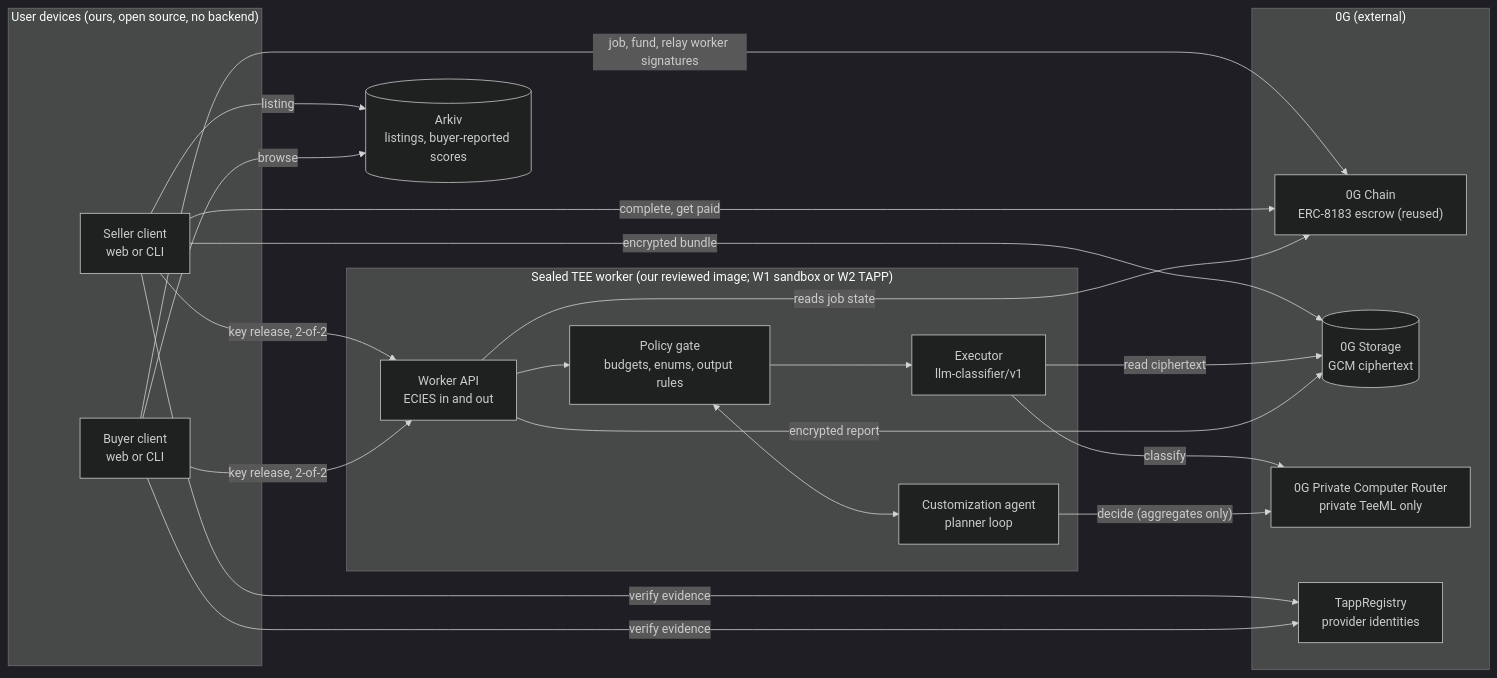
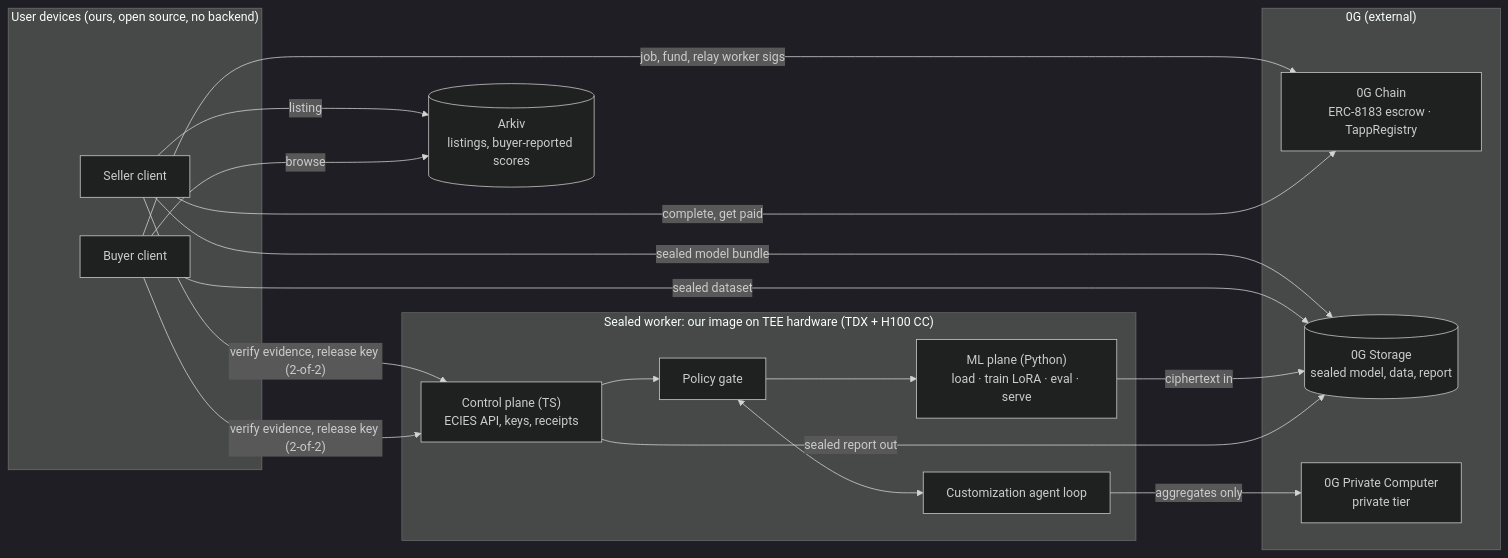
One commit to Soni-Shivam/Pivot_HTE changed the first of 16 diagrams in docs/ARCHITECTURE.md. Above: the diagram before and after it, drawn with Mermaid (dark theme). The commit also changed other lines of this file and 7 other files, not shown here.

First line of the commit message:
Plan rev 3: real model trained in the enclave, no mock mode

````diff
--- a/docs/ARCHITECTURE.md
+++ b/docs/ARCHITECTURE.md
@@ -13,39 +11,35 @@
 ```mermaid
 flowchart LR
     subgraph DEV["User devices (ours, open source, no backend)"]
-        SC["Seller client<br/>web or CLI"]
-        BC["Buyer client<br/>web or CLI"]
+        SC["Seller client"]
+        BC["Buyer client"]
     end
 
-    subgraph TEE["Sealed TEE worker (our reviewed image; W1 sandbox or W2 TAPP)"]
-        API["Worker API<br/>ECIES in and out"]
-        GATE["Policy gate<br/>budgets, enums, output rules"]
-        PLAN["Customization agent<br/>planner loop"]
-        EXEC["Executor<br/>llm-classifier/v1"]
+    subgraph TEE["Sealed worker: our image on TEE hardware (TDX + H100 CC)"]
+        API["Control plane (TS)<br/>ECIES API, keys, receipts"]
+        GATE["Policy gate"]
+        PLAN["Customization agent loop"]
+        ML["ML plane (Python)<br/>load · train LoRA · eval · serve"]
         API --> GATE
         GATE <--> PLAN
-        GATE --> EXEC
+        GATE --> ML
     end
 
     subgraph ZG["0G (external)"]
-        CHAIN["0G Chain<br/>ERC-8183 escrow (reused)"]
-        STORE[("0G Storage<br/>GCM ciphertext")]
-        ROUTER["0G Private Computer Router<br/>private TeeML only"]
-        REG["TappRegistry<br/>provider identities"]
+        CHAIN["0G Chain<br/>ERC-8183 escrow · TappRegistry"]
+        STORE[("0G Storage<br/>sealed model, data, report")]
+        ROUTER["0G Private Computer<br/>private tier"]
     end
-
     ARKIV[("Arkiv<br/>listings, buyer-reported scores")]
 
-    SC -- "encrypted bundle" --> STORE
+    SC -- "sealed model bundle" --> STORE
+    BC -- "sealed dataset" --> STORE
     SC -- "listing" --> ARKIV
     BC -- "browse" --> ARKIV
-    SC & BC -- "verify evidence" --> REG
-    SC & BC -- "key release, 2-of-2" --> API
-    BC -- "job, fund, relay worker signatures" --> CHAIN
+    SC & BC -- "verify evidence, release key (2-of-2)" --> API
+    BC -- "job, fund, relay worker sigs" --> CHAIN
     SC -- "complete, get paid" --> CHAIN
-    EXEC -- "classify" --> ROUTER
-    PLAN -- "decide (aggregates only)" --> ROUTER
-    EXEC -- "read ciphertext" --> STORE
-    API -- "encrypted report" --> STORE
-    API -- "reads job state" --> CHAIN
+    ML -- "ciphertext in" --> STORE
+    API -- "sealed report out" --> STORE
+    PLAN -- "aggregates only" --> ROUTER
 ```
````
